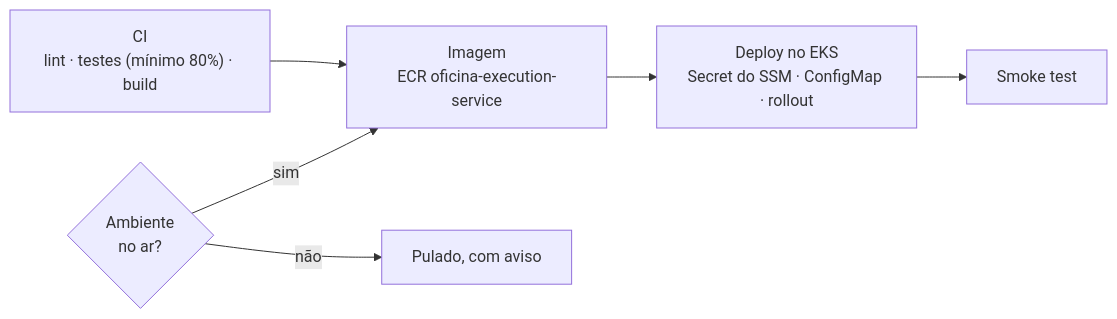
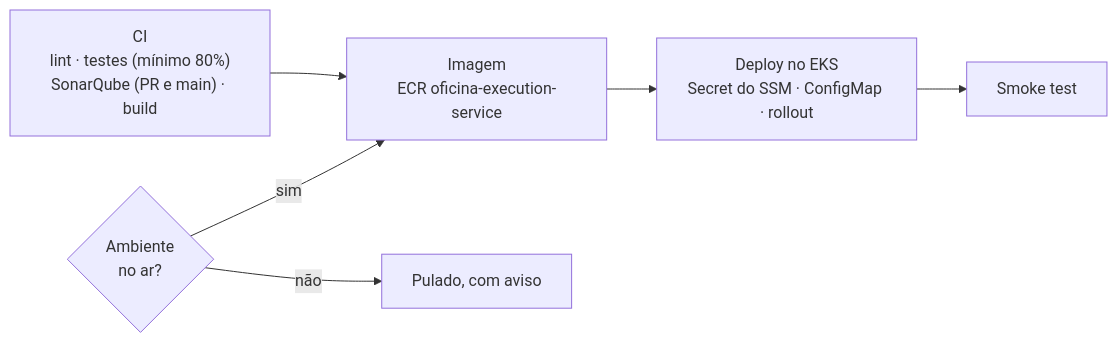
One commit to fiap-soat-oficina-tech-challenge/oficina-execution-service changed the fourth of 4 diagrams in README.md. Above: the diagram before and after it, drawn with Mermaid. The commit also changed other lines of this file and 1 other file, not shown here.

First line of the commit message:
docs: evidência de cobertura e SonarQube Cloud no README

````diff
--- a/README.md
+++ b/README.md
@@ -313,14 +324,14 @@
 ```mermaid
 flowchart LR
-    CI["CI<br/>lint · testes (mínimo 80%) · build"]
+    CI["CI<br/>lint · testes (mínimo 80%)<br/>SonarQube (PR e main) · build"]
     AMB{"Ambiente<br/>no ar?"}
     IMG["Imagem<br/>ECR oficina-execution-service"]
     DEP["Deploy no EKS<br/>Secret do SSM · ConfigMap · rollout"]
     SMK["Smoke test"]
     PULA["Pulado, com aviso"]
 
     CI --> IMG
     AMB -->|sim| IMG
     AMB -->|não| PULA
     IMG --> DEP --> SMK
 ```
````
